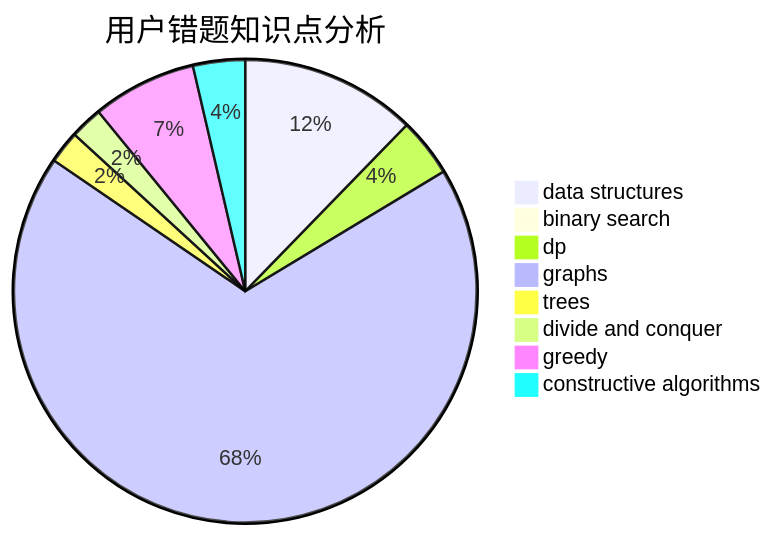
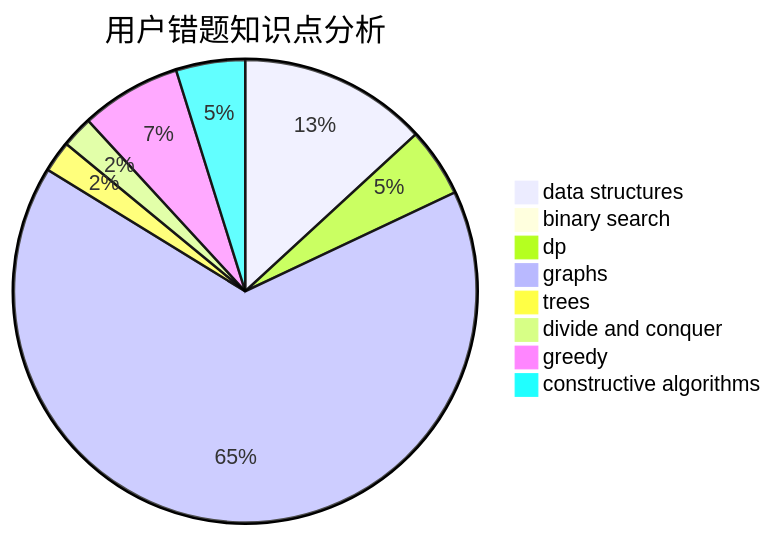
One commit to sherpahu/cfrs.github.io changed the third of 3 diagrams in docs/user/u1582.md. Above: the diagram before and after it, drawn with Mermaid. The commit also changed other lines of this file and 2770 other files, not shown here.

````diff
--- a/docs/user/u1582.md
+++ b/docs/user/u1582.md
@@ -36,11 +36,11 @@
 ```mermaid
 pie title 用户错题知识点分析
-    "data structures" :  27
+    "data structures" :  30
     "binary search" :  2
-    "dp" :  9
+    "dp" :  11
     "graphs" :  150
     "trees" :  5
     "divide and conquer" :  5
     "greedy" :  16
-    "constructive algorithms" :  8
+    "constructive algorithms" :  11
 ```
````
